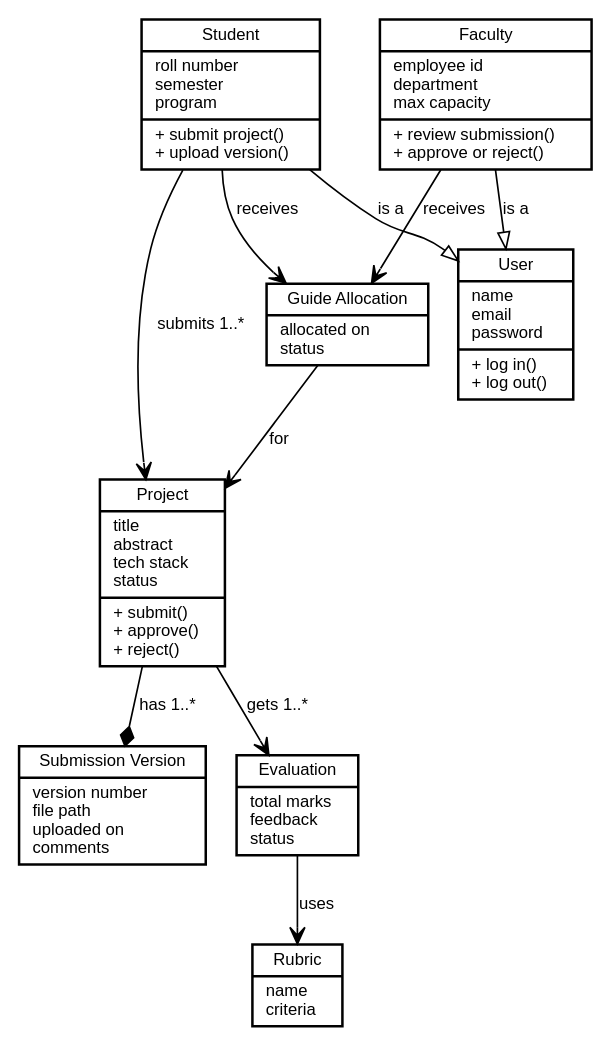
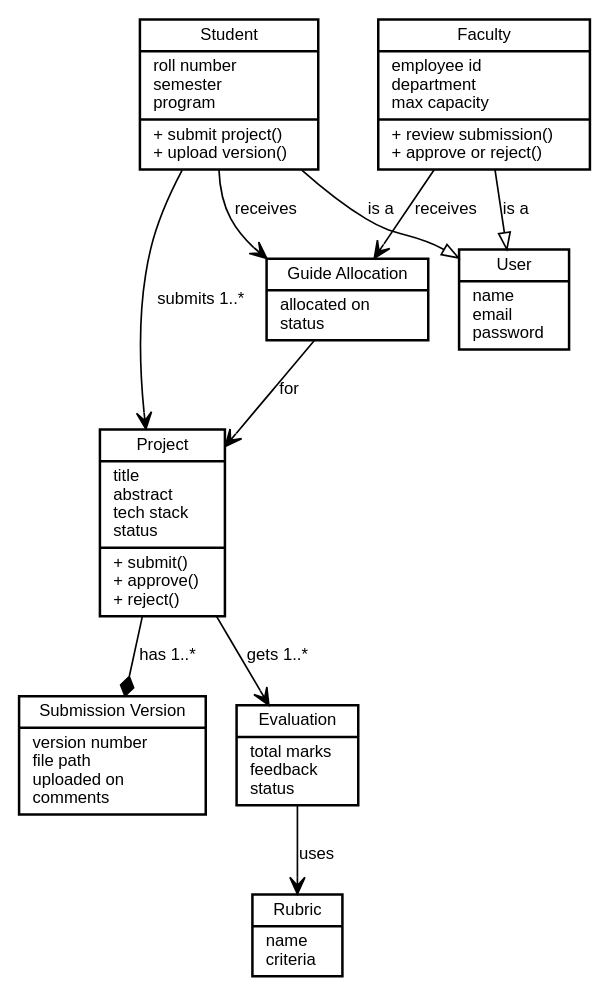
One commit to akshita777/iips-ug-pg-project-repository-system changed the diagram in docs/diagrams/07-class.dot. Above: the diagram before and after it, drawn with Graphviz. The commit also changed 5 other files, not shown here.

First line of the commit message:
Fix diagram accuracy issues from audit

```diff
--- a/docs/diagrams/07-class.dot
+++ b/docs/diagrams/07-class.dot
@@ -1,29 +1,29 @@
 digraph class_diagram {
   rankdir=TB;
   bgcolor="white";
   fontname="Helvetica";
 
   node [fontname="Helvetica", fontsize=10, shape=record, style="filled",
         fillcolor="white", color="black", penwidth=1.5];
 
-  user [label="{User|name\l email\l password\l|+ log in()\l+ log out()\l}"];
+  user [label="{User|name\l email\l password\l}"];
   student [label="{Student|roll number\l semester\l program\l|+ submit project()\l+ upload version()\l}"];
   faculty [label="{Faculty|employee id\l department\l max capacity\l|+ review submission()\l+ approve or reject()\l}"];
   project [label="{Project|title\l abstract\l tech stack\l status\l|+ submit()\l+ approve()\l+ reject()\l}"];
   version [label="{Submission Version|version number\l file path\l uploaded on\l comments\l}"];
   allocation [label="{Guide Allocation|allocated on\l status\l}"];
   evaluation [label="{Evaluation|total marks\l feedback\l status\l}"];
   rubric [label="{Rubric|name\l criteria\l}"];
 
   edge [fontname="Helvetica", fontsize=10, color="black"];
 
   student -> user [arrowhead="empty", label="is a"];
   faculty -> user [arrowhead="empty", label="is a"];
   student -> project [arrowhead="vee", label="submits 1..*"];
   project -> version [arrowhead="diamond", label="has 1..*"];
   student -> allocation [arrowhead="vee", label="receives"];
   faculty -> allocation [arrowhead="vee", label="receives"];
   allocation -> project [arrowhead="vee", label="for"];
   project -> evaluation [arrowhead="vee", label="gets 1..*"];
   evaluation -> rubric [arrowhead="vee", label="uses"];
 }
```
